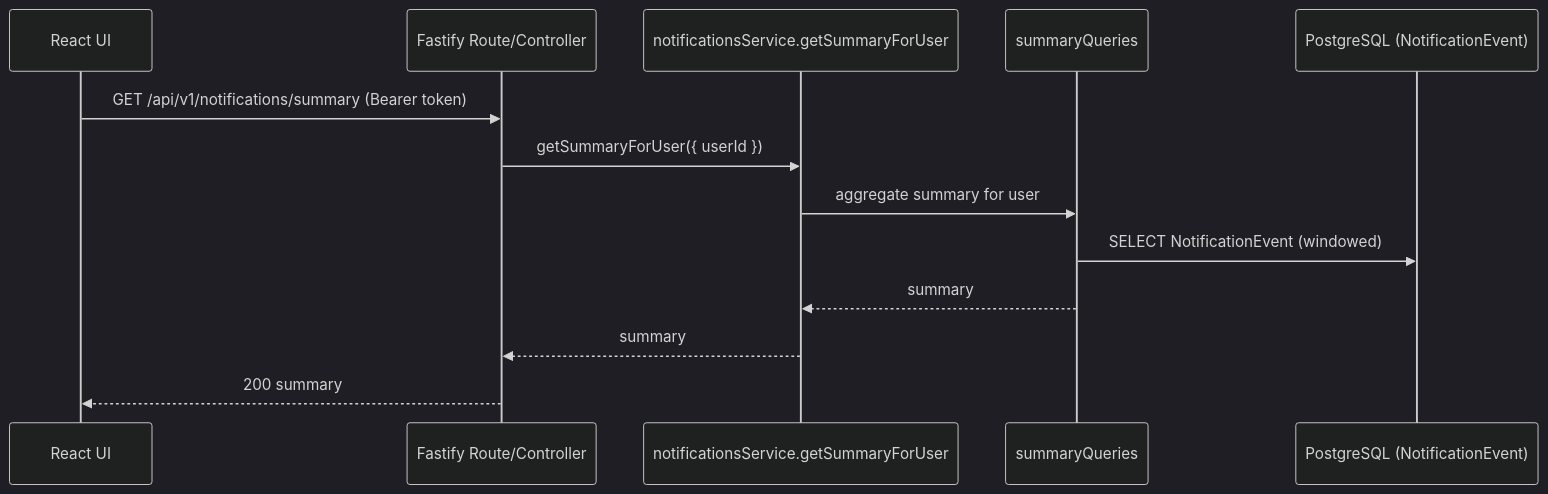
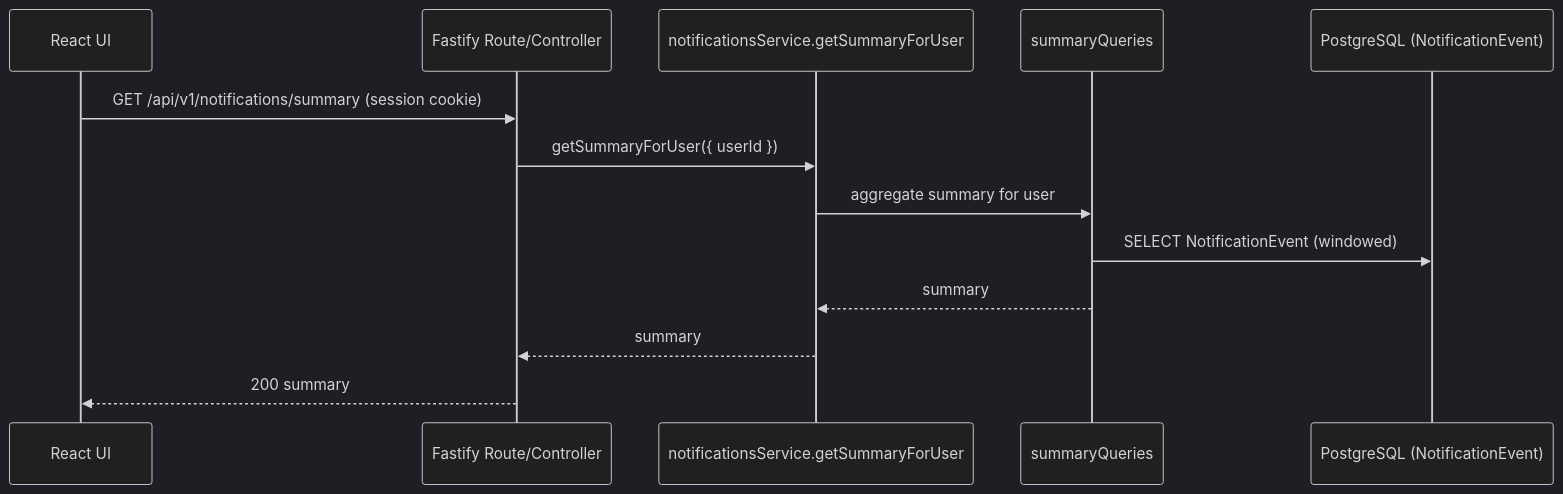
The second of 5 diagrams in docs/architecture.md (gtovar/email-cleaner-fastify), drawn with Mermaid (dark theme) before and after one commit. The commit also changed other lines of this file and 18 other files, not shown here.

````diff
--- a/docs/architecture.md
+++ b/docs/architecture.md
@@ -18,16 +18,16 @@
 ```mermaid
 sequenceDiagram
   participant UI as React UI
   participant R as Fastify Route/Controller
   participant S as notificationsService.getSummaryForUser
   participant Q as summaryQueries
   participant DB as PostgreSQL (NotificationEvent)
 
-  UI->>R: GET /api/v1/notifications/summary (Bearer token)
+  UI->>R: GET /api/v1/notifications/summary (session cookie)
   R->>S: getSummaryForUser({ userId })
   S->>Q: aggregate summary for user
   Q->>DB: SELECT NotificationEvent (windowed)
   Q-->>S: summary
   S-->>R: summary
   R-->>UI: 200 summary
 ```
````
